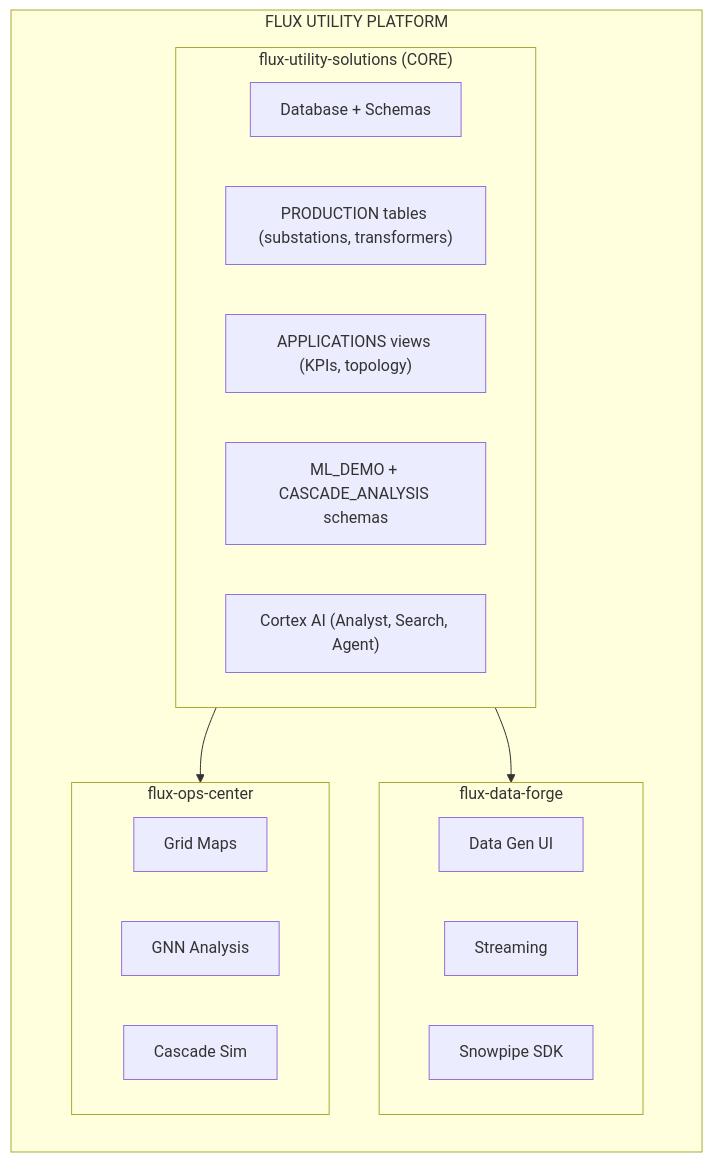
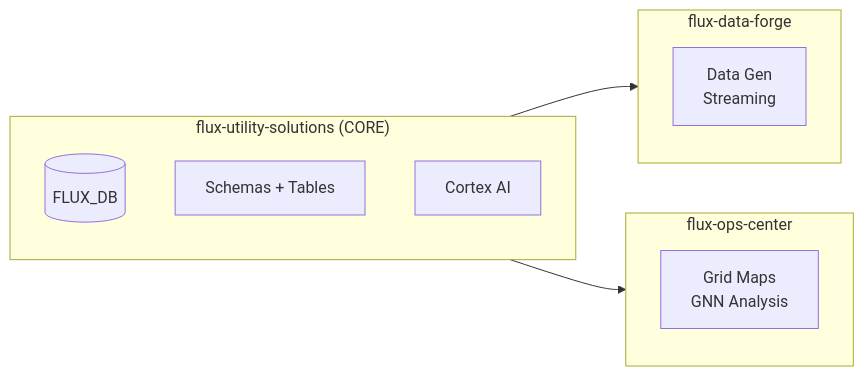
Before and after one commit to sfc-gh-abannerjee/flux-utility-solutions: the diagram in docs/DEPENDENCIES.md, drawn with Mermaid.

Commit message:
Redesign Mermaid diagram for horizontal layout
- Change flowchart TB to LR for left-to-right flow
- Consolidate verbose node lists into compact grouped nodes

.... Generated with [Cortex Code](https://docs.snowflake.com/user-guide/snowflake-cortex/cortex-agents)

````diff
--- a/docs/DEPENDENCIES.md
+++ b/docs/DEPENDENCIES.md
@@ -15,29 +15,19 @@
 ```mermaid
-flowchart TB
-    subgraph Platform["FLUX UTILITY PLATFORM"]
-        direction TB
-        
-        subgraph Core["flux-utility-solutions (CORE)"]
-            C1["Database + Schemas"]
-            C2["PRODUCTION tables (substations, transformers)"]
-            C3["APPLICATIONS views (KPIs, topology)"]
-            C4["ML_DEMO + CASCADE_ANALYSIS schemas"]
-            C5["Cortex AI (Analyst, Search, Agent)"]
-        end
-        
-        subgraph Forge["flux-data-forge"]
-            F1["Data Gen UI"]
-            F2["Streaming"]
-            F3["Snowpipe SDK"]
-        end
-        
-        subgraph Ops["flux-ops-center"]
-            O1["Grid Maps"]
-            O2["GNN Analysis"]
-            O3["Cascade Sim"]
-        end
-        
-        Core --> Forge
-        Core --> Ops
+flowchart LR
+    subgraph Core["flux-utility-solutions (CORE)"]
+        C_DB[("FLUX_DB")]
+        C_SCHEMAS["Schemas + Tables"]
+        C_AI["Cortex AI"]
     end
+    
+    subgraph Forge["flux-data-forge"]
+        F["Data Gen<br/>Streaming"]
+    end
+    
+    subgraph Ops["flux-ops-center"]
+        O["Grid Maps<br/>GNN Analysis"]
+    end
+    
+    Core --> Forge
+    Core --> Ops
 ```
````
